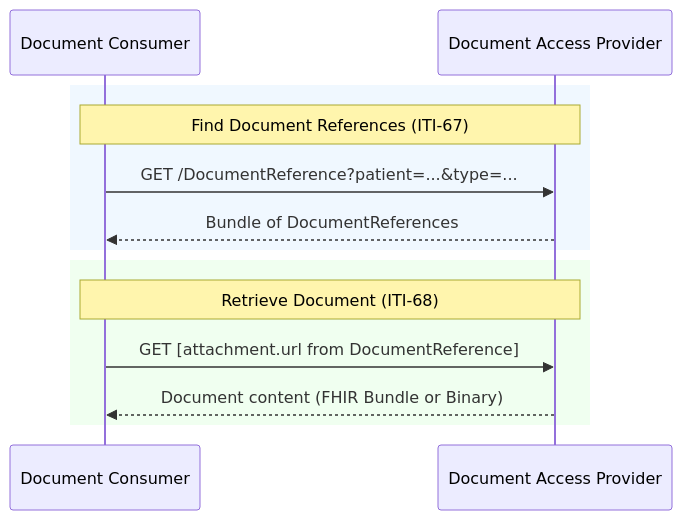
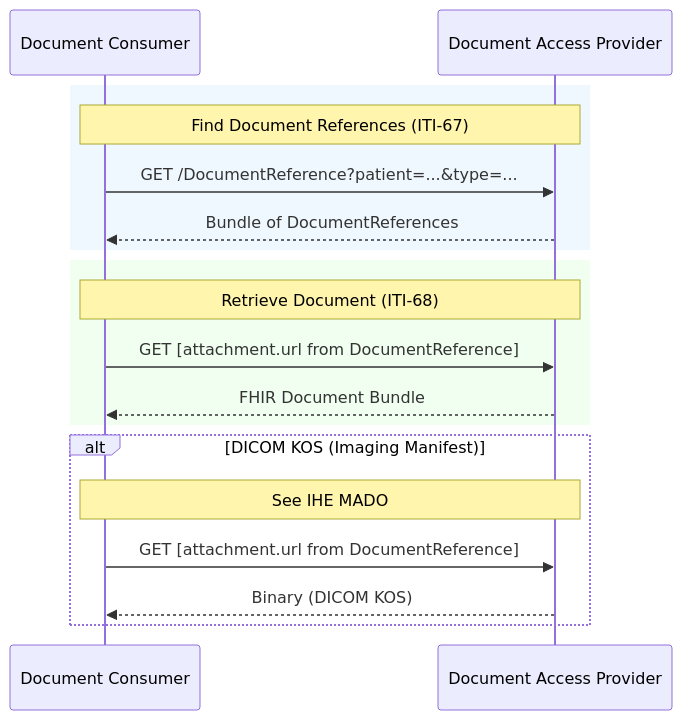
The diagram in input/pagecontent/document-exchange.md (euridice-org/eu-health-data-api), drawn with Mermaid before and after one commit. The commit also changed other lines of this file and 1 other file, not shown here.

First line of the commit message:
Constrain document content, not URL (#75, #70, #71)

````diff
--- a/input/pagecontent/document-exchange.md
+++ b/input/pagecontent/document-exchange.md
@@ -35,17 +35,23 @@
 ```mermaid
 sequenceDiagram
     participant Consumer as Document Consumer
     participant Provider as Document Access Provider
 
     rect rgb(240, 248, 255)
     Note over Consumer,Provider: Find Document References (ITI-67)
     Consumer->>Provider: GET /DocumentReference?patient=...&type=...
     Provider-->>Consumer: Bundle of DocumentReferences
     end
 
     rect rgb(240, 255, 240)
     Note over Consumer,Provider: Retrieve Document (ITI-68)
     Consumer->>Provider: GET [attachment.url from DocumentReference]
-    Provider-->>Consumer: Document content (FHIR Bundle or Binary)
+    Provider-->>Consumer: FHIR Document Bundle
+    end
+
+    alt DICOM KOS (Imaging Manifest)
+    Note over Consumer,Provider: See IHE MADO
+    Consumer->>Provider: GET [attachment.url from DocumentReference]
+    Provider-->>Consumer: Binary (DICOM KOS)
     end
 ```
````
